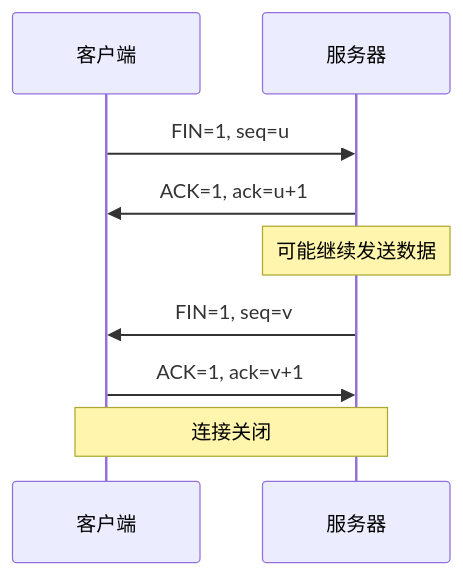
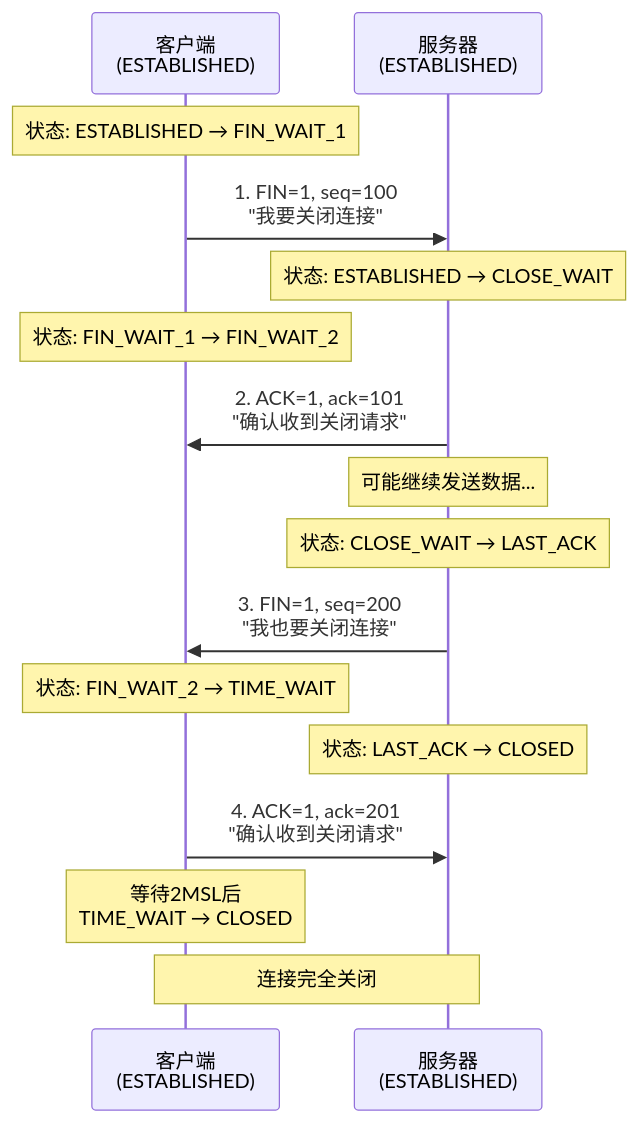
The seventh of 33 diagrams in 2.网络知识.md (ralph-wren/TechStack-Handbook), drawn with Mermaid before and after one commit. The commit also changed other lines of this file and 2 other files, not shown here.

````diff
--- a/2.网络知识.md
+++ b/2.网络知识.md
@@ -346,11 +820,24 @@
 ```mermaid
 sequenceDiagram
-    participant 客户端
-    participant 服务器
-    客户端->>服务器: FIN=1, seq=u
-    服务器->>客户端: ACK=1, ack=u+1
-    Note over 服务器: 可能继续发送数据
-    服务器->>客户端: FIN=1, seq=v
-    客户端->>服务器: ACK=1, ack=v+1
-    Note over 客户端,服务器: 连接关闭
+    participant C as 客户端<br/>(ESTABLISHED)
+    participant S as 服务器<br/>(ESTABLISHED)
+    
+    Note over C: 状态: ESTABLISHED → FIN_WAIT_1
+    C->>S: 1. FIN=1, seq=100<br/>"我要关闭连接"
+    
+    Note over S: 状态: ESTABLISHED → CLOSE_WAIT
+    Note over C: 状态: FIN_WAIT_1 → FIN_WAIT_2
+    S->>C: 2. ACK=1, ack=101<br/>"确认收到关闭请求"
+    
+    Note over S: 可能继续发送数据...
+    
+    Note over S: 状态: CLOSE_WAIT → LAST_ACK
+    S->>C: 3. FIN=1, seq=200<br/>"我也要关闭连接"
+    
+    Note over C: 状态: FIN_WAIT_2 → TIME_WAIT
+    Note over S: 状态: LAST_ACK → CLOSED
+    C->>S: 4. ACK=1, ack=201<br/>"确认收到关闭请求"
+    
+    Note over C: 等待2MSL后<br/>TIME_WAIT → CLOSED
+    Note over C,S: 连接完全关闭
 ```
````
